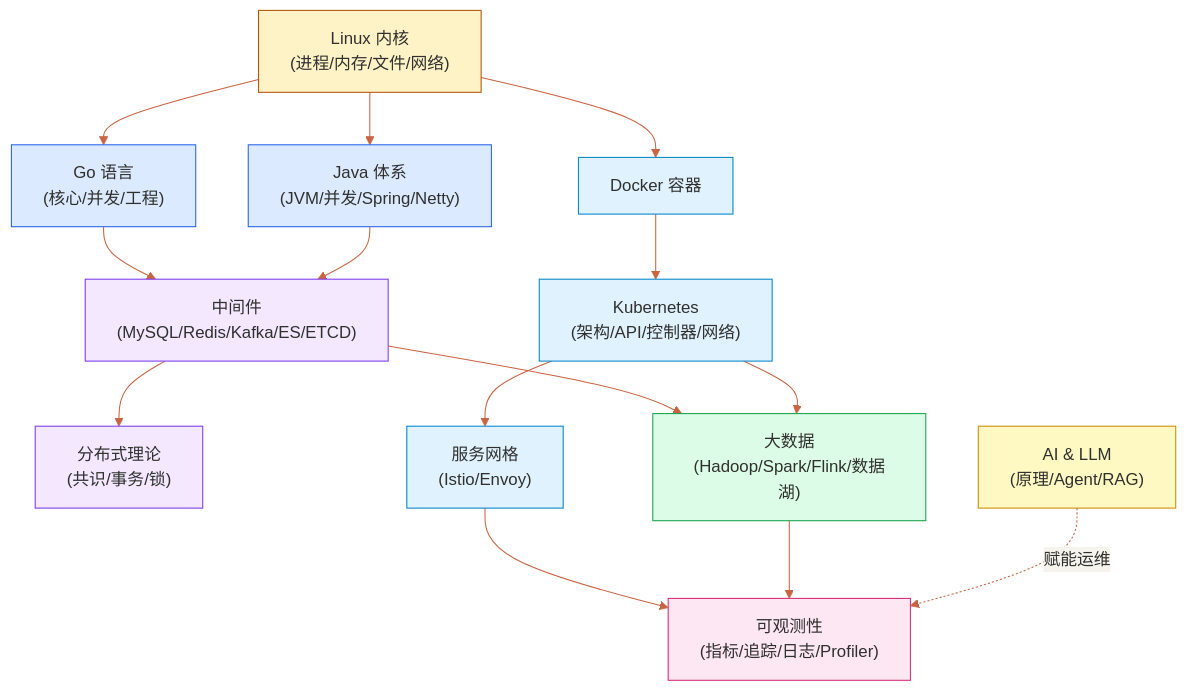
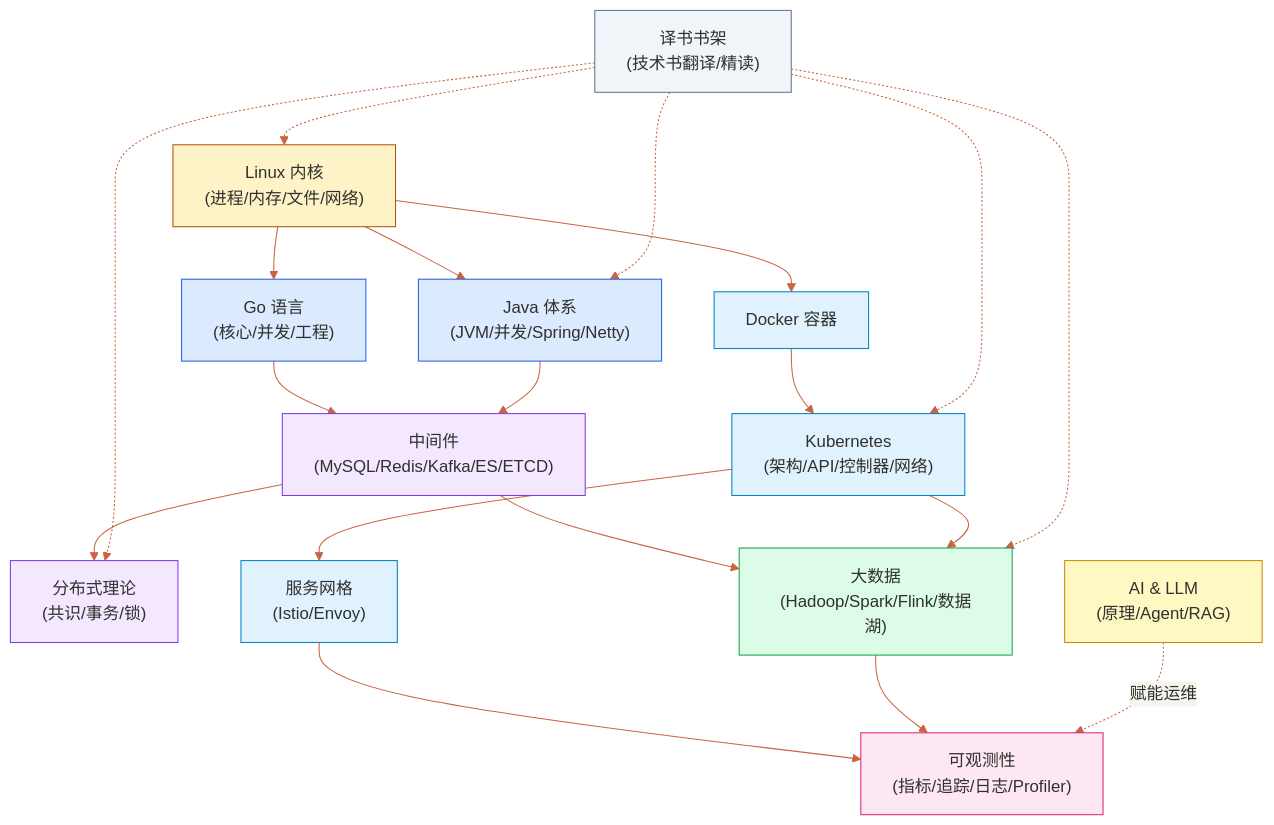
Before and after one commit to hpliStartAgain/my-brain: the diagram in content/index.md, drawn with Mermaid. The commit also changed other lines of this file and 2149 other files, not shown here.

````diff
--- a/content/index.md
+++ b/content/index.md
@@ -95,45 +108,53 @@
 ```mermaid
 %%{init: {'theme': 'base', 'themeVariables': {'primaryColor': '#faf9f5', 'primaryTextColor': '#30302e', 'lineColor': '#c96442', 'secondaryColor': '#f5f4ed'}}}%%
 graph TD
     classDef os fill:#fef3c7,stroke:#b45309,color:#30302e
     classDef lang fill:#dbeafe,stroke:#2563eb,color:#30302e
     classDef middleware fill:#f3e8ff,stroke:#7c3aed,color:#30302e
     classDef bigdata fill:#dcfce7,stroke:#16a34a,color:#30302e
     classDef cloud fill:#e0f2fe,stroke:#0284c7,color:#30302e
     classDef obs fill:#fce7f3,stroke:#db2777,color:#30302e
     classDef ai fill:#fef9c3,stroke:#ca8a04,color:#30302e
+    classDef book fill:#f1f5f9,stroke:#64748b,color:#30302e
 
     Linux["Linux 内核</br>(进程/内存/文件/网络)"]
     Go["Go 语言</br>(核心/并发/工程)"]
     Java["Java 体系</br>(JVM/并发/Spring/Netty)"]
     MW["中间件</br>(MySQL/Redis/Kafka/ES/ETCD)"]
     Dist["分布式理论</br>(共识/事务/锁)"]
     BD["大数据</br>(Hadoop/Spark/Flink/数据湖)"]
     Docker["Docker 容器"]
     K8s["Kubernetes</br>(架构/API/控制器/网络)"]
     Mesh["服务网格</br>(Istio/Envoy)"]
     Obs["可观测性</br>(指标/追踪/日志/Profiler)"]
     AI["AI & LLM</br>(原理/Agent/RAG)"]
+    Books["译书书架</br>(技术书翻译/精读)"]
 
     Linux --> Go
     Linux --> Java
     Linux --> Docker
     Go --> MW
     Java --> MW
     MW --> Dist
     MW --> BD
     Docker --> K8s
     K8s --> Mesh
     K8s --> BD
     Mesh --> Obs
     BD --> Obs
     AI -.->|"赋能运维"| Obs
+    Books -.-> Linux
+    Books -.-> Java
+    Books -.-> Dist
+    Books -.-> BD
+    Books -.-> K8s
 
     class Linux os
     class Go,Java lang
     class MW,Dist middleware
     class BD bigdata
     class Docker,K8s,Mesh cloud
     class Obs obs
     class AI ai
+    class Books book
 ```
````
